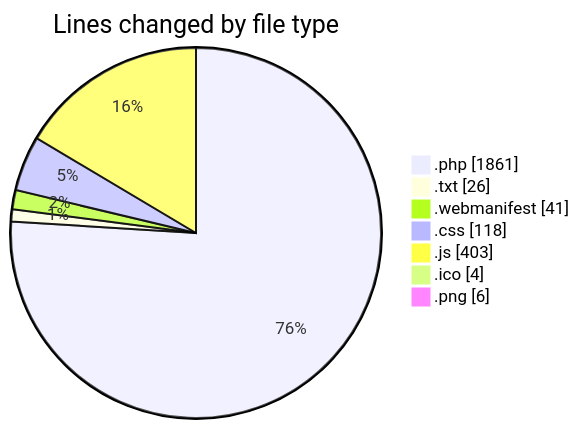
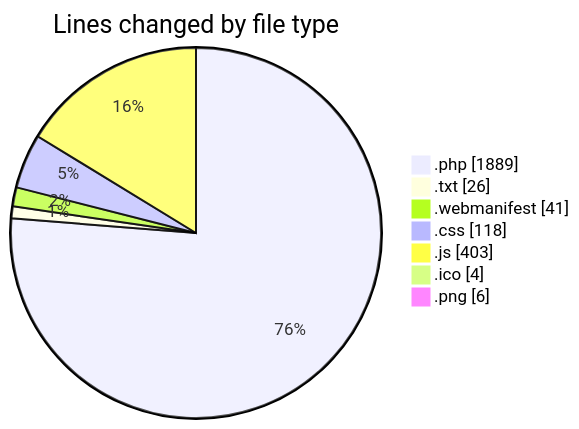
Before and after one commit to lephambinh05/code-tracking: the first of 2 diagrams in 2025-08-20/quytuthien_vn/README.md, drawn with Mermaid. The commit also changed other lines of this file and 1 other file, not shown here.

````diff
--- a/2025-08-20/quytuthien_vn/README.md
+++ b/2025-08-20/quytuthien_vn/README.md
@@ -70,11 +70,11 @@
 ```mermaid
 pie showData
 title Lines changed by file type
-".php" : 1861
+".php" : 1889
 ".txt" : 26
 ".webmanifest" : 41
 ".css" : 118
 ".js" : 403
 ".ico" : 4
 ".png" : 6
 ```
````
